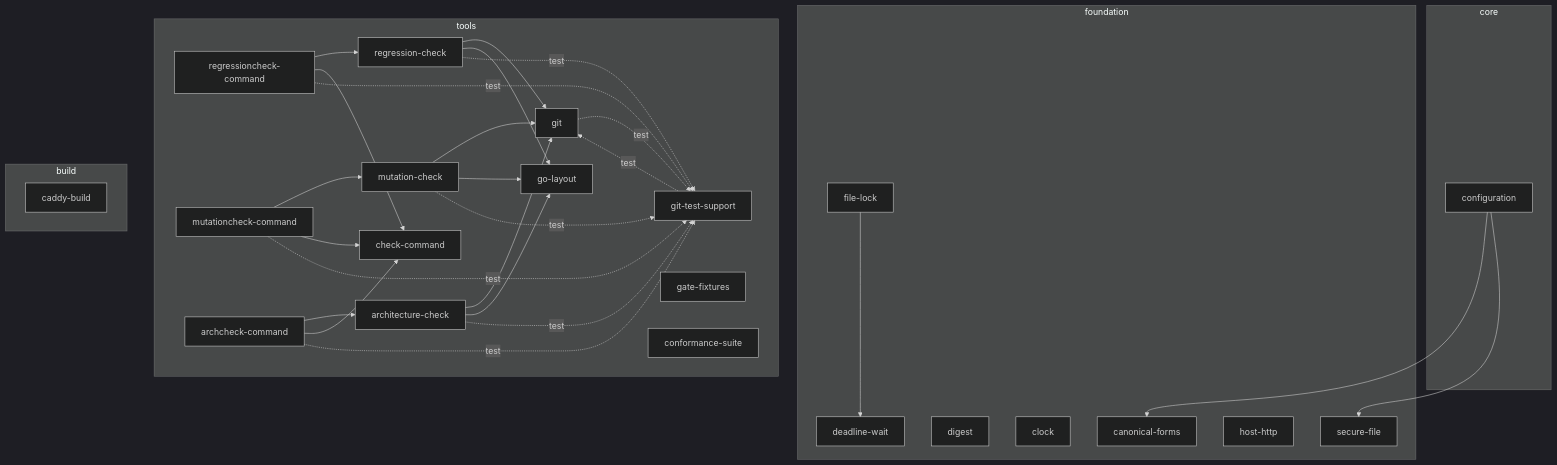
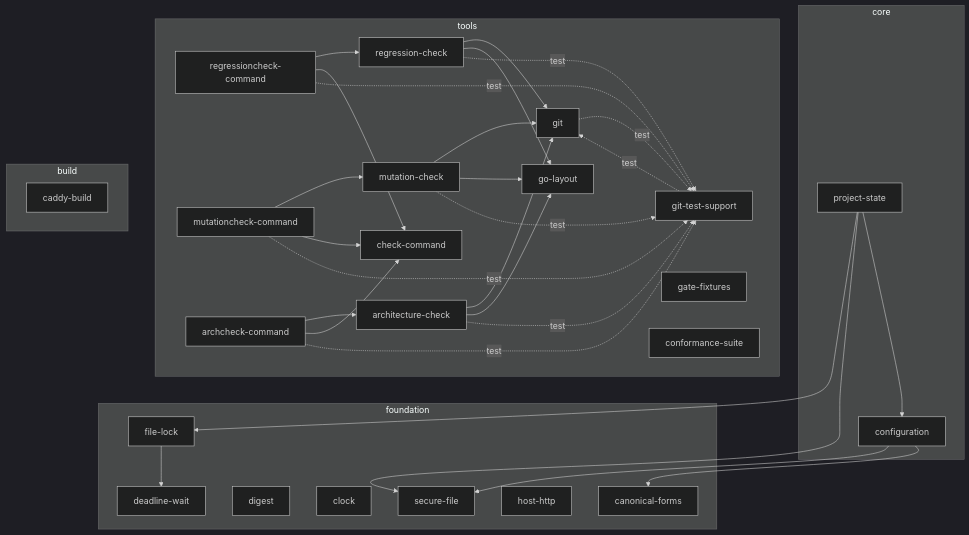
One commit to OpenRAE/lilrae changed the diagram in docs/architecture/go-architecture.md. Above: the diagram before and after it, drawn with Mermaid (dark theme). The commit also changed 23 other files, not shown here.

````diff
--- a/docs/architecture/go-architecture.md
+++ b/docs/architecture/go-architecture.md
@@ -17,55 +17,59 @@
 ```mermaid
 flowchart TB
     subgraph layer_core[core]
         component_configuration[configuration]
+        component_project_state[project-state]
     end
     subgraph layer_foundation[foundation]
         component_canonical_forms[canonical-forms]
         component_digest[digest]
         component_clock[clock]
         component_deadline_wait[deadline-wait]
         component_host_http[host-http]
         component_secure_file[secure-file]
         component_file_lock[file-lock]
     end
     subgraph layer_tools[tools]
         component_regressioncheck_command[regressioncheck-command]
         component_mutationcheck_command[mutationcheck-command]
         component_archcheck_command[archcheck-command]
         component_regression_check[regression-check]
         component_mutation_check[mutation-check]
         component_architecture_check[architecture-check]
         component_check_command[check-command]
         component_go_layout[go-layout]
         component_git[git]
         component_git_test_support[git-test-support]
         component_gate_fixtures[gate-fixtures]
         component_conformance_suite[conformance-suite]
     end
     subgraph layer_build[build]
         component_caddy_build[caddy-build]
     end
     component_regressioncheck_command --> component_regression_check
     component_regressioncheck_command --> component_check_command
     component_regressioncheck_command -. test .-> component_git_test_support
     component_mutationcheck_command --> component_mutation_check
     component_mutationcheck_command --> component_check_command
     component_mutationcheck_command -. test .-> component_git_test_support
     component_archcheck_command --> component_architecture_check
     component_archcheck_command --> component_check_command
     component_archcheck_command -. test .-> component_git_test_support
     component_regression_check --> component_git
     component_regression_check --> component_go_layout
     component_regression_check -. test .-> component_git_test_support
     component_mutation_check --> component_git
     component_mutation_check --> component_go_layout
     component_mutation_check -. test .-> component_git_test_support
     component_architecture_check --> component_git
     component_architecture_check --> component_go_layout
     component_architecture_check -. test .-> component_git_test_support
     component_git -. test .-> component_git_test_support
     component_git_test_support -. test .-> component_git
     component_file_lock --> component_deadline_wait
     component_configuration --> component_canonical_forms
     component_configuration --> component_secure_file
+    component_project_state --> component_configuration
+    component_project_state --> component_secure_file
+    component_project_state --> component_file_lock
 ```
````
